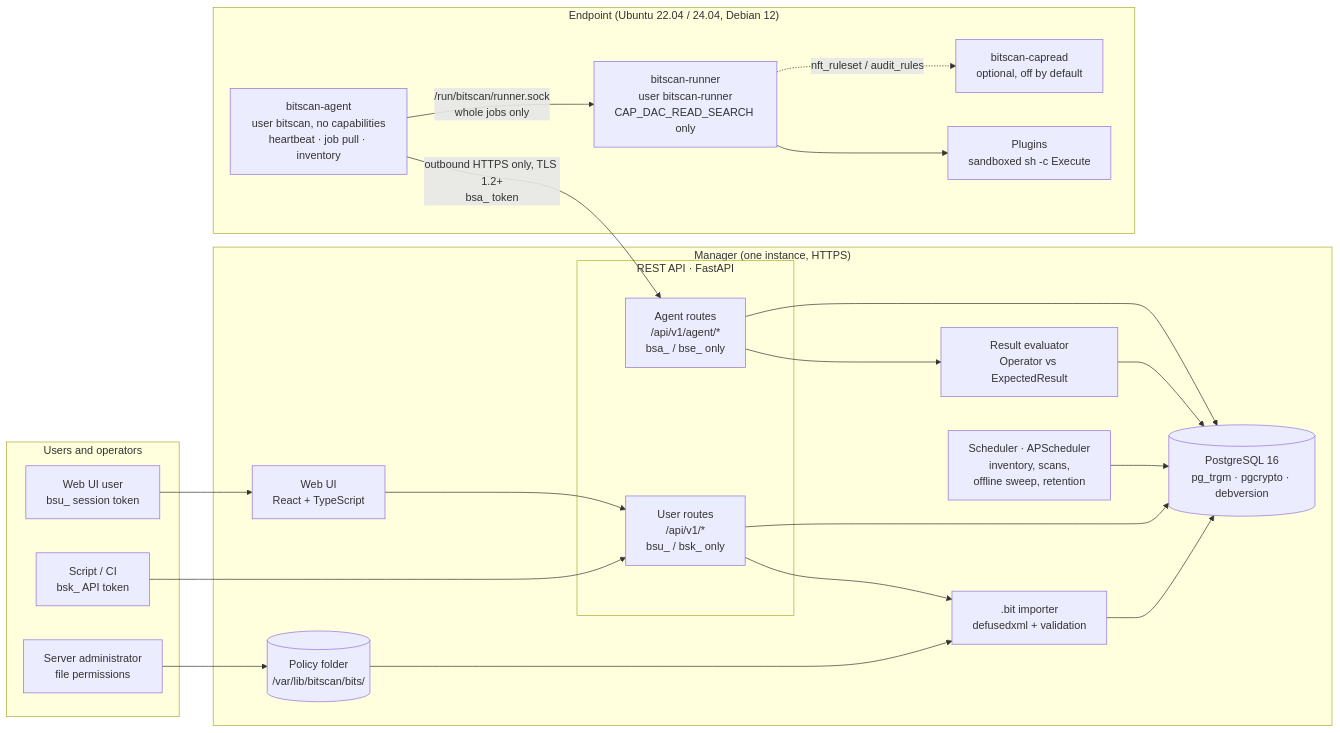
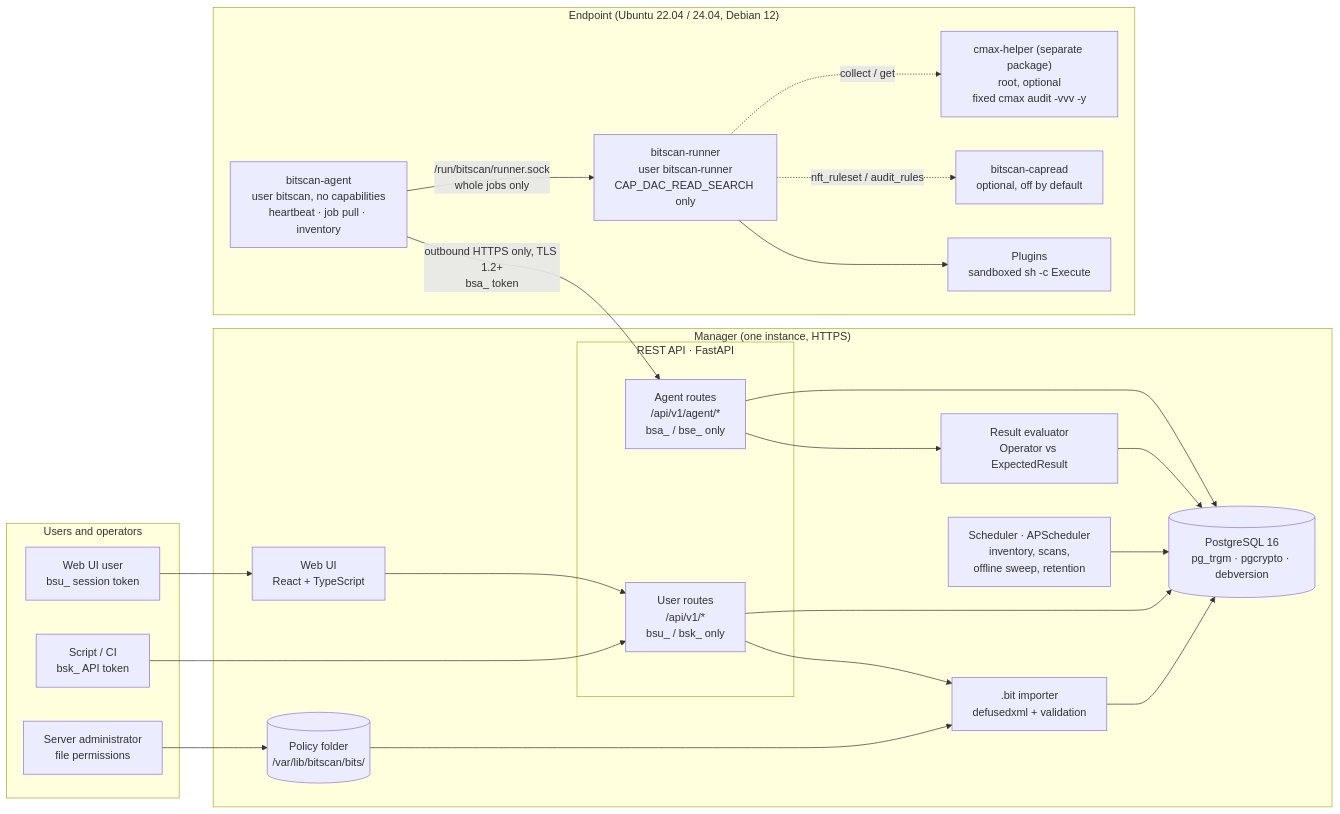
The diagram in docs/spec/Technical_Specification.md (lusterless/Bitscan), drawn with Mermaid before and after one commit. The commit also changed other lines of this file and 2 other files, not shown here.

First line of the commit message:
docs(spec): add the optional ClusterMAX collector helper (TS §3.8)

````diff
--- a/docs/spec/Technical_Specification.md
+++ b/docs/spec/Technical_Specification.md
@@ -49,43 +49,45 @@
 ```mermaid
 flowchart LR
   subgraph People["Users and operators"]
     U["Web UI user<br/>bsu_ session token"]
     CI["Script / CI<br/>bsk_ API token"]
     SA["Server administrator<br/>file permissions"]
   end
 
   subgraph M["Manager (one instance, HTTPS)"]
     UI["Web UI<br/>React + TypeScript"]
     subgraph API["REST API · FastAPI"]
       UR["User routes<br/>/api/v1/*<br/>bsu_ / bsk_ only"]
       AR["Agent routes<br/>/api/v1/agent/*<br/>bsa_ / bse_ only"]
     end
     IMP[".bit importer<br/>defusedxml + validation"]
     EV["Result evaluator<br/>Operator vs ExpectedResult"]
     SCH["Scheduler · APScheduler<br/>inventory, scans,<br/>offline sweep, retention"]
     DIR[("Policy folder<br/>/var/lib/bitscan/bits/")]
     DB[("PostgreSQL 16<br/>pg_trgm · pgcrypto · debversion")]
   end
 
   subgraph E["Endpoint (Ubuntu 22.04 / 24.04, Debian 12)"]
     AG["bitscan-agent<br/>user bitscan, no capabilities<br/>heartbeat · job pull · inventory"]
     RN["bitscan-runner<br/>user bitscan-runner<br/>CAP_DAC_READ_SEARCH only"]
     PL["Plugins<br/>sandboxed sh -c Execute"]
     CR["bitscan-capread<br/>optional, off by default"]
+    CMX["cmax-helper (separate package)<br/>root, optional<br/>fixed cmax audit -vvv -y"]
   end
 
   U --> UI --> UR
   CI --> UR
   SA --> DIR
   UR --> IMP
   DIR --> IMP
   IMP --> DB
   UR --> DB
   SCH --> DB
   AR --> EV --> DB
   AR --> DB
   AG -- "outbound HTTPS only, TLS 1.2+<br/>bsa_ token" --> AR
   AG -- "/run/bitscan/runner.sock<br/>whole jobs only" --> RN
   RN --> PL
   RN -. "nft_ruleset / audit_rules" .-> CR
+  RN -. "collect / get" .-> CMX
 ```
````
